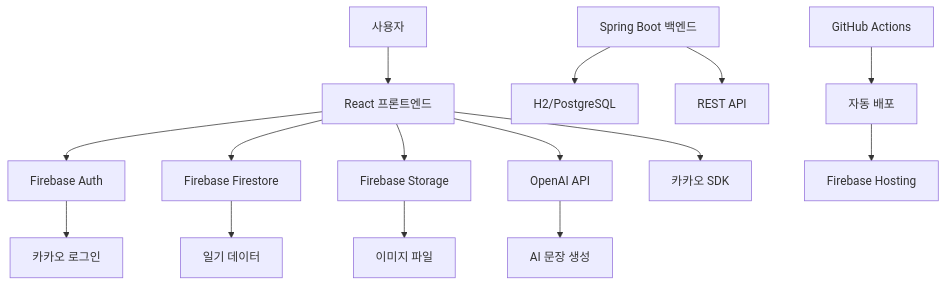
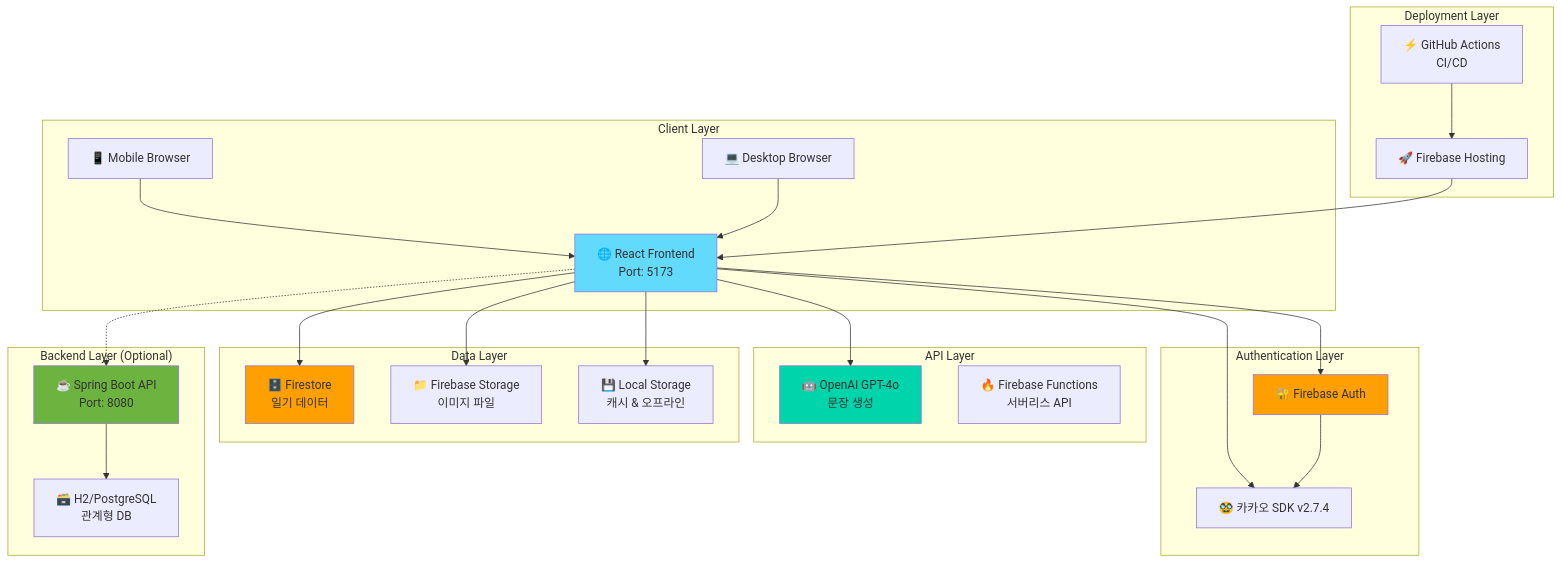
Before and after one commit to kjhk3082/maum: the diagram in README.md, drawn with Mermaid. The commit also changed other lines of this file and 1 other file, not shown here.

````diff
--- a/README.md
+++ b/README.md
@@ -73,20 +103,59 @@
 ```mermaid
 graph TB
-    A[사용자] --> B[React 프론트엔드]
-    B --> C[Firebase Auth]
-    B --> D[Firebase Firestore]
-    B --> E[Firebase Storage]
-    B --> F[OpenAI API]
-    B --> G[카카오 SDK]
+    subgraph "Client Layer"
+        A[🌐 React Frontend<br/>Port: 5173]
+        B[📱 Mobile Browser]
+        C[💻 Desktop Browser]
+    end
     
-    C --> H[카카오 로그인]
-    D --> I[일기 데이터]
-    E --> J[이미지 파일]
-    F --> K[AI 문장 생성]
+    subgraph "Authentication Layer"
+        D[🔐 Firebase Auth]
+        E[🥸 카카오 SDK v2.7.4]
+    end
     
-    L[Spring Boot 백엔드] --> M[H2/PostgreSQL]
-    L --> N[REST API]
+    subgraph "API Layer"
+        F[🤖 OpenAI GPT-4o<br/>문장 생성]
+        G[🔥 Firebase Functions<br/>서버리스 API]
+    end
     
-    O[GitHub Actions] --> P[자동 배포]
-    P --> Q[Firebase Hosting]
+    subgraph "Data Layer"
+        H[🗄️ Firestore<br/>일기 데이터]
+        I[📁 Firebase Storage<br/>이미지 파일]
+        J[💾 Local Storage<br/>캐시 & 오프라인]
+    end
+    
+    subgraph "Backend Layer (Optional)"
+        K[☕ Spring Boot API<br/>Port: 8080]
+        L[🗃️ H2/PostgreSQL<br/>관계형 DB]
+    end
+    
+    subgraph "Deployment Layer"
+        M[🚀 Firebase Hosting]
+        N[⚡ GitHub Actions<br/>CI/CD]
+    end
+    
+    %% 연결 관계
+    A --> D
+    A --> E
+    A --> F
+    A --> H
+    A --> I
+    A --> J
+    
+    B --> A
+    C --> A
+    
+    D --> E
+    
+    K --> L
+    A -.-> K
+    
+    N --> M
+    M --> A
+    
+    style A fill:#61dafb
+    style D fill:#ffa000
+    style F fill:#00d4aa
+    style H fill:#ffa000
+    style K fill:#6db33f
 ```
````
